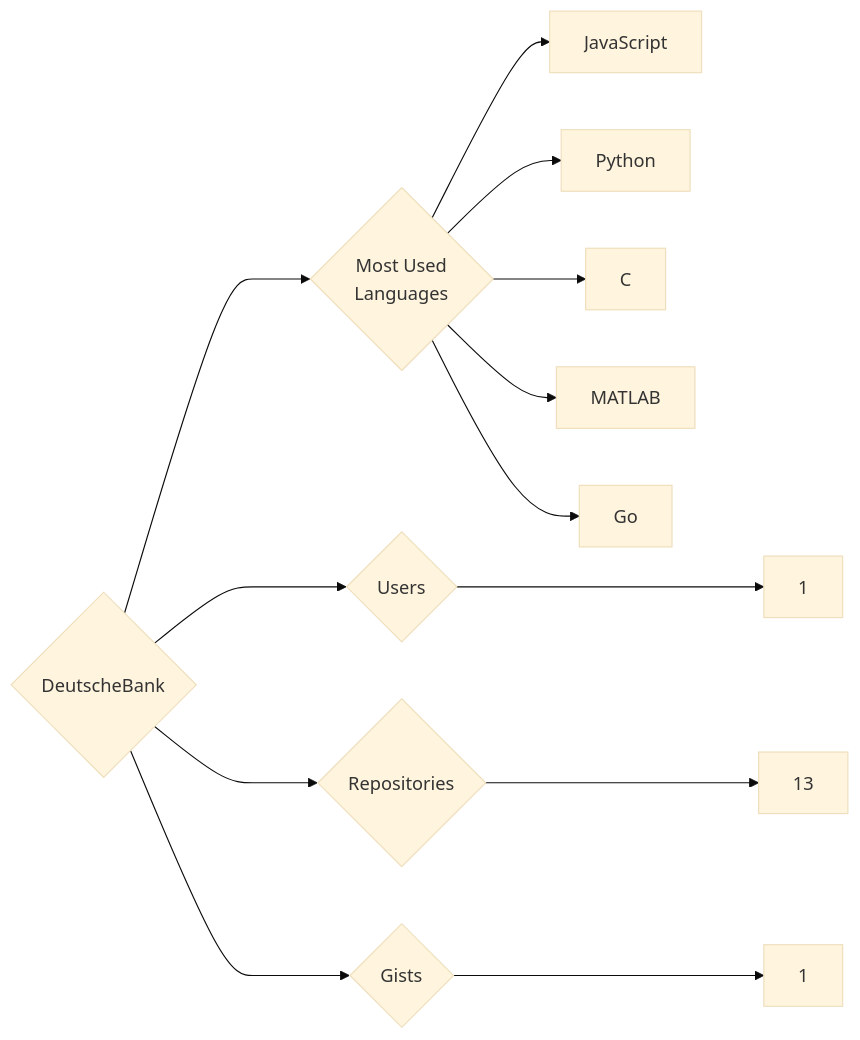
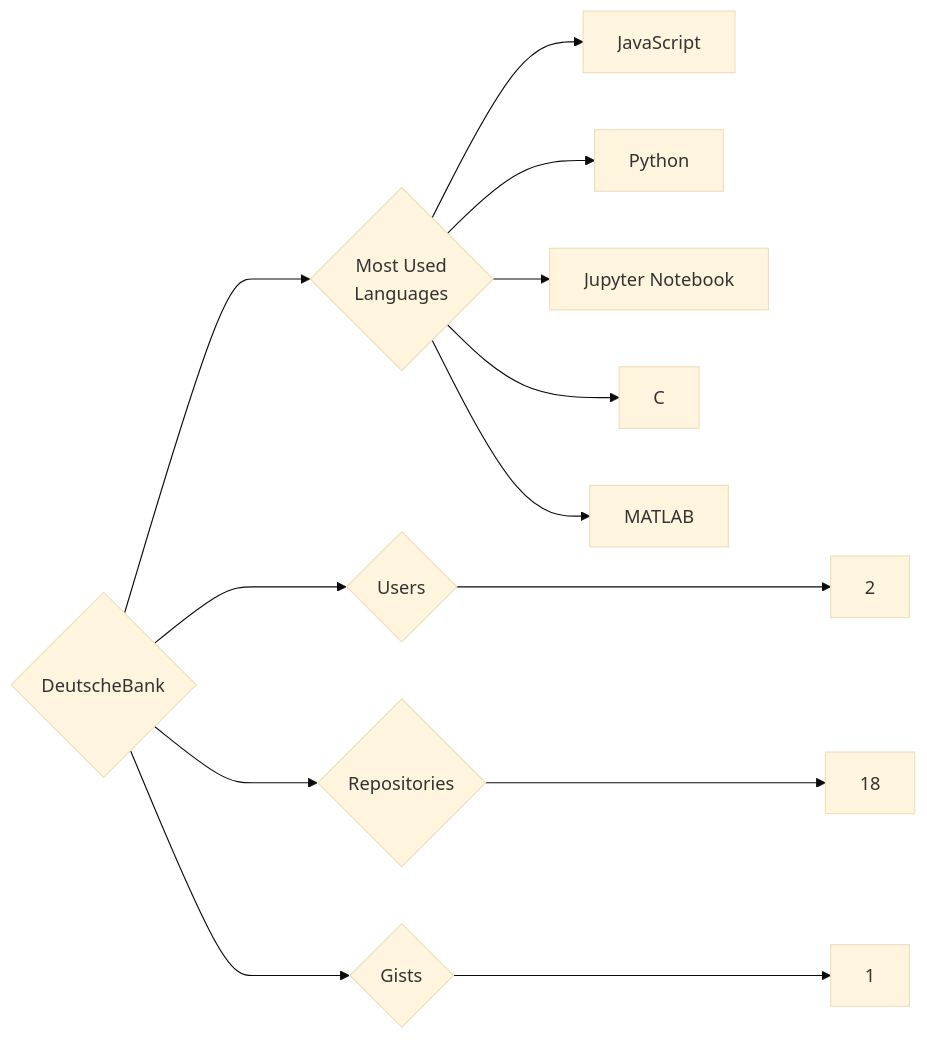
The diagram in targets/DeutscheBank/README.md (trickest/insiders), drawn with Mermaid (base theme) before and after one commit. The commit also changed 912 other files, not shown here.

````diff
--- a/targets/DeutscheBank/README.md
+++ b/targets/DeutscheBank/README.md
@@ -3,13 +3,13 @@
 ```mermaid
 graph LR
 COMPANY_NAME{DeutscheBank}
-COMPANY_NAME ---> U{Users} ---> UN[1]
-COMPANY_NAME ---> R{Repositories} ---> RN[13]
+COMPANY_NAME ---> U{Users} ---> UN[2]
+COMPANY_NAME ---> R{Repositories} ---> RN[18]
 COMPANY_NAME ---> G{Gists} ---> GN[1]
 COMPANY_NAME ---> ML{Most Used<br>Languages}
 ML --> JavaScript[JavaScript]
 ML --> Python[Python]
+ML --> Jupyter_Notebook[Jupyter Notebook]
 ML --> C[C]
 ML --> MATLAB[MATLAB]
-ML --> Go[Go]
 ```
````
